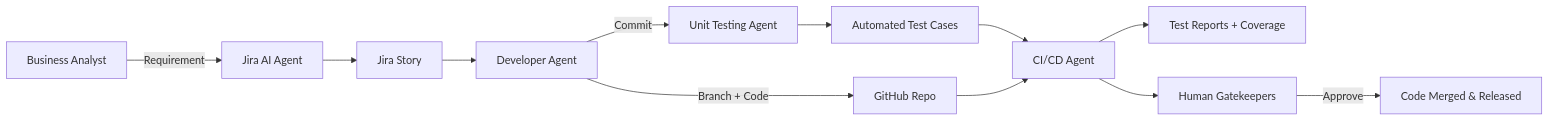
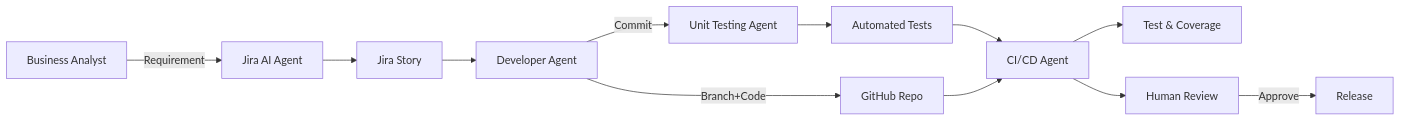
One commit to ananfauh7/AI-SDLC-VISION changed the diagram in README.md. Above: the diagram before and after it, drawn with Mermaid. The commit also changed other lines of this file, not shown here.

````diff
--- a/README.md
+++ b/README.md
@@ -104,14 +14,14 @@
 ```mermaid
 flowchart LR
-    BA[Business Analyst] -->|Requirement| JiraAgent[Jira AI Agent]
-    JiraAgent --> Stories[Jira Story]
-    Stories --> DevAgent[Developer Agent]
-    DevAgent -->|Branch + Code| GitHub[GitHub Repo]
-    DevAgent -->|Commit| UnitTestAgent[Unit Testing Agent]
-    UnitTestAgent --> Tests[Automated Test Cases]
-    Tests --> CICDAgent[CI/CD Agent]
-    GitHub --> CICDAgent[CI/CD Agent]
-    CICDAgent --> Reports[Test Reports + Coverage]
-    CICDAgent --> HumanReview[Human Gatekeepers]
-    HumanReview -->|Approve| Merge[Code Merged & Released]
+  BA[Business Analyst] -->|Requirement| JiraAgent[Jira AI Agent]
+  JiraAgent --> Stories[Jira Story]
+  Stories --> DevAgent[Developer Agent]
+  DevAgent -->|Branch+Code| GitHub[GitHub Repo]
+  DevAgent -->|Commit| UnitTestAgent[Unit Testing Agent]
+  UnitTestAgent --> Tests[Automated Tests]
+  Tests --> CICD[CI/CD Agent]
+  GitHub --> CICD
+  CICD --> Reports[Test & Coverage]
+  CICD --> Gatekeepers[Human Review]
+  Gatekeepers -->|Approve| Merge[Release]
 ```
````
